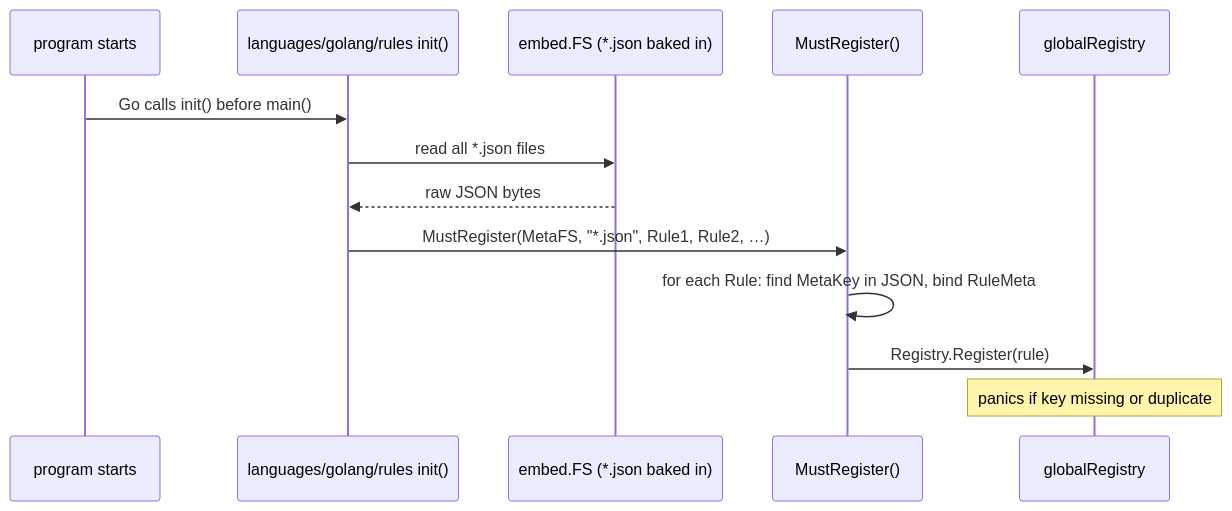
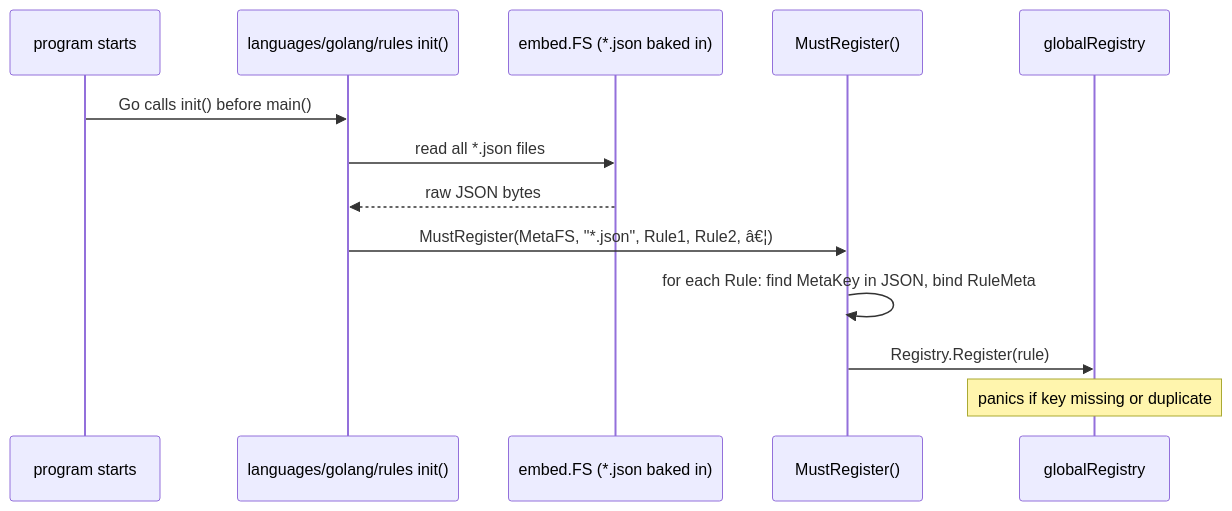
One commit to scovl/ollanta changed diagram 20 of 21 in docs/architecture.md. Above: the diagram before and after it, drawn with Mermaid. The commit also changed other lines of this file and 3 other files, not shown here.

Commit message:
docs: update architecture and observability notes

````diff
--- a/docs/architecture.md
+++ b/docs/architecture.md
@@ -1455,16 +1455,16 @@
 ```mermaid
 sequenceDiagram
     participant Binary as program starts
     participant Init as languages/golang/rules init()
     participant FS as embed.FS (*.json baked in)
     participant MR as MustRegister()
     participant GR as globalRegistry
 
     Binary->>Init: Go calls init() before main()
     Init->>FS: read all *.json files
     FS-->>Init: raw JSON bytes
-    Init->>MR: MustRegister(MetaFS, "*.json", Rule1, Rule2, …)
+    Init->>MR: MustRegister(MetaFS, "*.json", Rule1, Rule2, â€¦)
     MR->>MR: for each Rule: find MetaKey in JSON, bind RuleMeta
     MR->>GR: Registry.Register(rule)
     Note over GR: panics if key missing or duplicate
 ```
````
